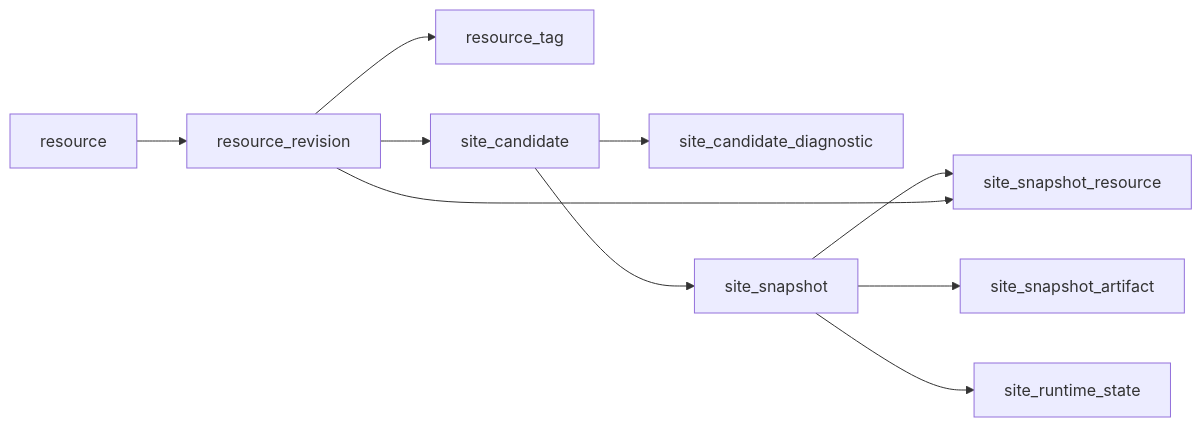
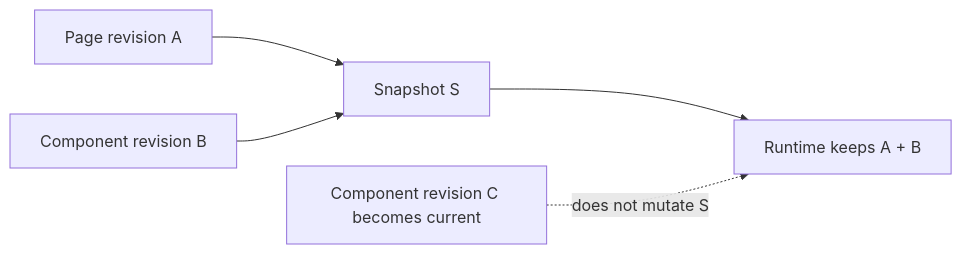
Before and after one commit to taskmigo/docs: the third of 3 diagrams in content/versions/v0/developer/database.mdx, drawn with Mermaid. The commit also changed other lines of this file, not shown here.

````diff
--- a/content/versions/v0/developer/database.mdx
+++ b/content/versions/v0/developer/database.mdx
@@ -112,12 +191,7 @@
 ```mermaid
 flowchart LR
-  resource["resource"] --> revision["resource_revision"]
-  revision --> tag["resource_tag"]
-  revision --> candidate["site_candidate"]
-  candidate --> diagnostic["site_candidate_diagnostic"]
-  candidate --> snapshot["site_snapshot"]
-  snapshot --> pin["site_snapshot_resource"]
-  revision --> pin
-  snapshot --> artifact["site_snapshot_artifact"]
-  snapshot --> runtime["site_runtime_state"]
+  page["Page revision A"] --> snapshot["Snapshot S"]
+  component["Component revision B"] --> snapshot
+  snapshot --> runtime["Runtime keeps A + B"]
+  newer["Component revision C becomes current"] -. "does not mutate S" .-> runtime
 ```
````
